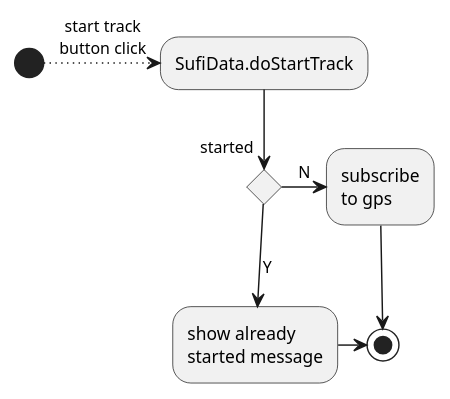
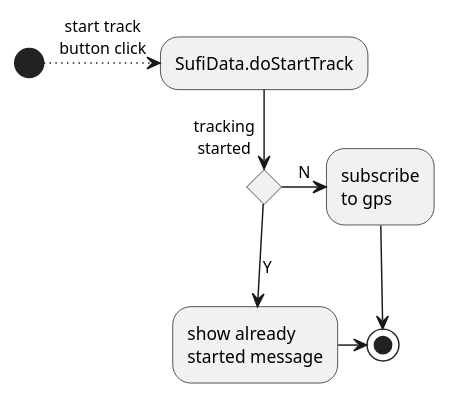
One commit to MARTIMM/Sufitrail changed the eighth of 12 diagrams in Doc/Designer notes.md. Above: the diagram before and after it, drawn with PlantUML. The commit also changed other lines of this file, not shown here.

````diff
--- a/Doc/Designer notes.md
+++ b/Doc/Designer notes.md
@@ -176,10 +188,10 @@
 ```plantuml
 (*) .>[start track\nbutton click] "SufiData.doStartTrack"
-if started then
+if tracking\nstarted then
   -->[Y] "show already\nstarted message"
   -> (*)
 else
   ->[N] "subscribe\nto gps"
   --> (*)
 endif
 ```
````
